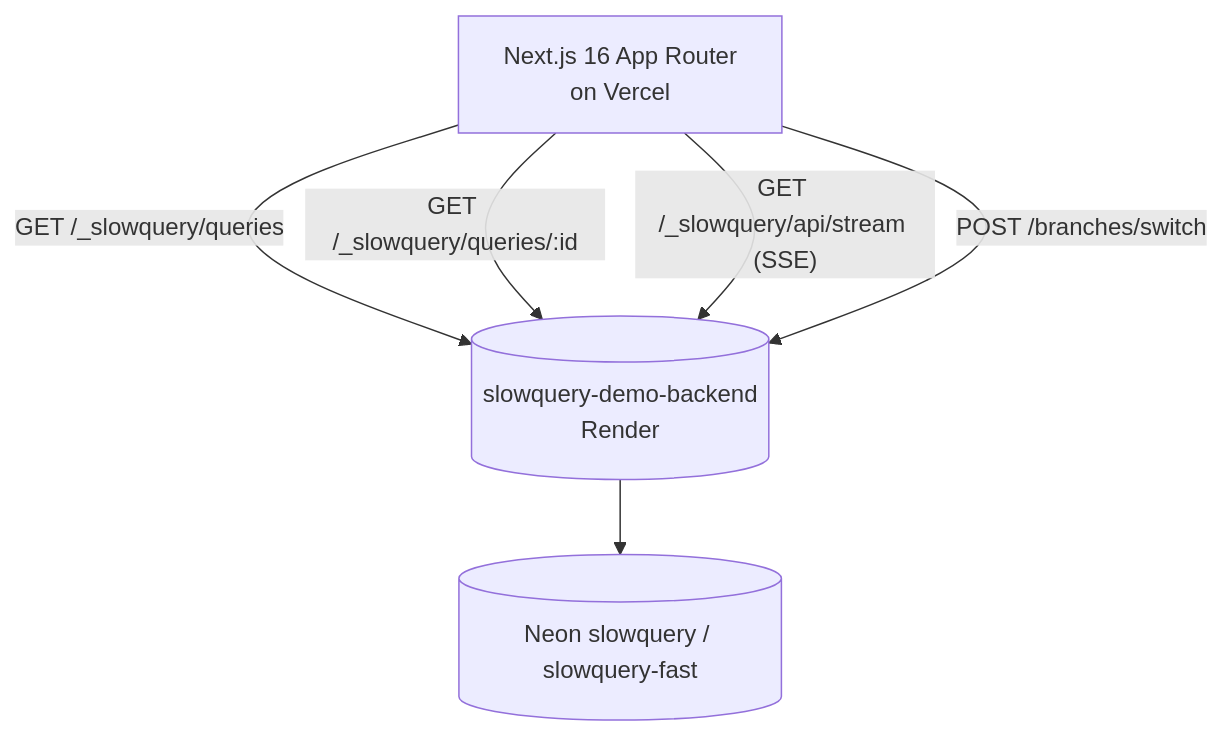
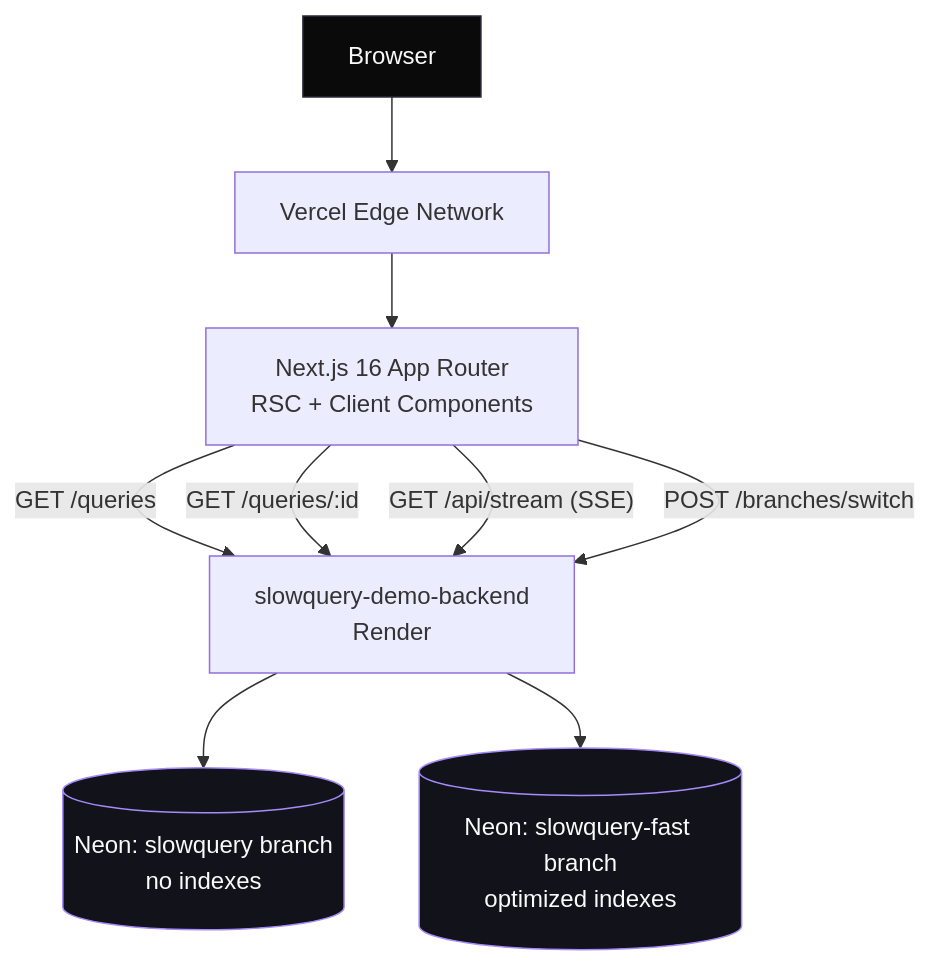
One commit to Abdul-Muizz1310/slowquery-dashboard-frontend changed the first of 4 diagrams in docs/ARCHITECTURE.md. Above: the diagram before and after it, drawn with Mermaid. The commit also changed other lines of this file and 16 other files, not shown here.

````diff
--- a/docs/ARCHITECTURE.md
+++ b/docs/ARCHITECTURE.md
@@ -7,12 +7,17 @@
 ```mermaid
 flowchart TD
-    Browser[Next.js 16 App Router<br/>on Vercel]
-    API[(slowquery-demo-backend<br/>Render)]
-    Neon[(Neon slowquery / slowquery-fast)]
+    Browser[Browser] --> Vercel[Vercel Edge Network]
+    Vercel --> Next[Next.js 16 App Router<br>RSC + Client Components]
 
-    Browser -- GET /_slowquery/queries --> API
-    Browser -- GET /_slowquery/queries/:id --> API
-    Browser -- GET /_slowquery/api/stream (SSE) --> API
-    Browser -- POST /branches/switch --> API
-    API --> Neon
+    Next -- "GET /queries" --> API[slowquery-demo-backend<br>Render]
+    Next -- "GET /queries/:id" --> API
+    Next -- "GET /api/stream (SSE)" --> API
+    Next -- "POST /branches/switch" --> API
+
+    API --> Slow[(Neon: slowquery branch<br>no indexes)]
+    API --> Fast[(Neon: slowquery-fast branch<br>optimized indexes)]
+
+    style Browser fill:#0a0a0a,stroke:#2a2a3d,color:#fafafa
+    style Slow fill:#12121a,stroke:#a78bfa,color:#fafafa
+    style Fast fill:#12121a,stroke:#a78bfa,color:#fafafa
 ```
````
